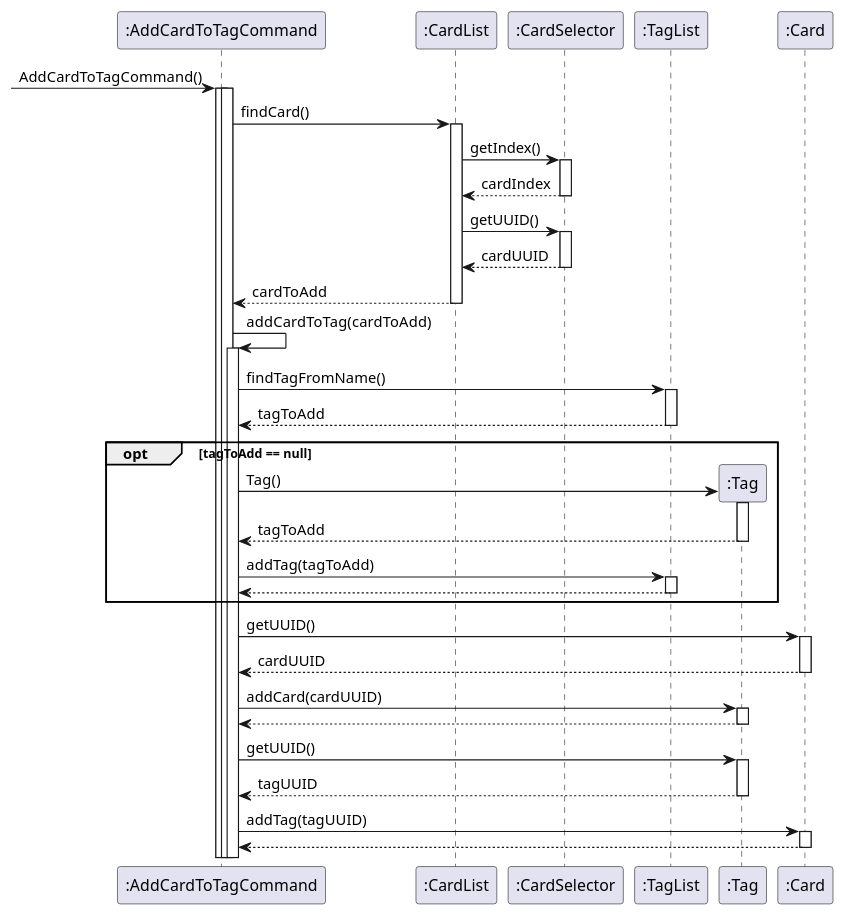
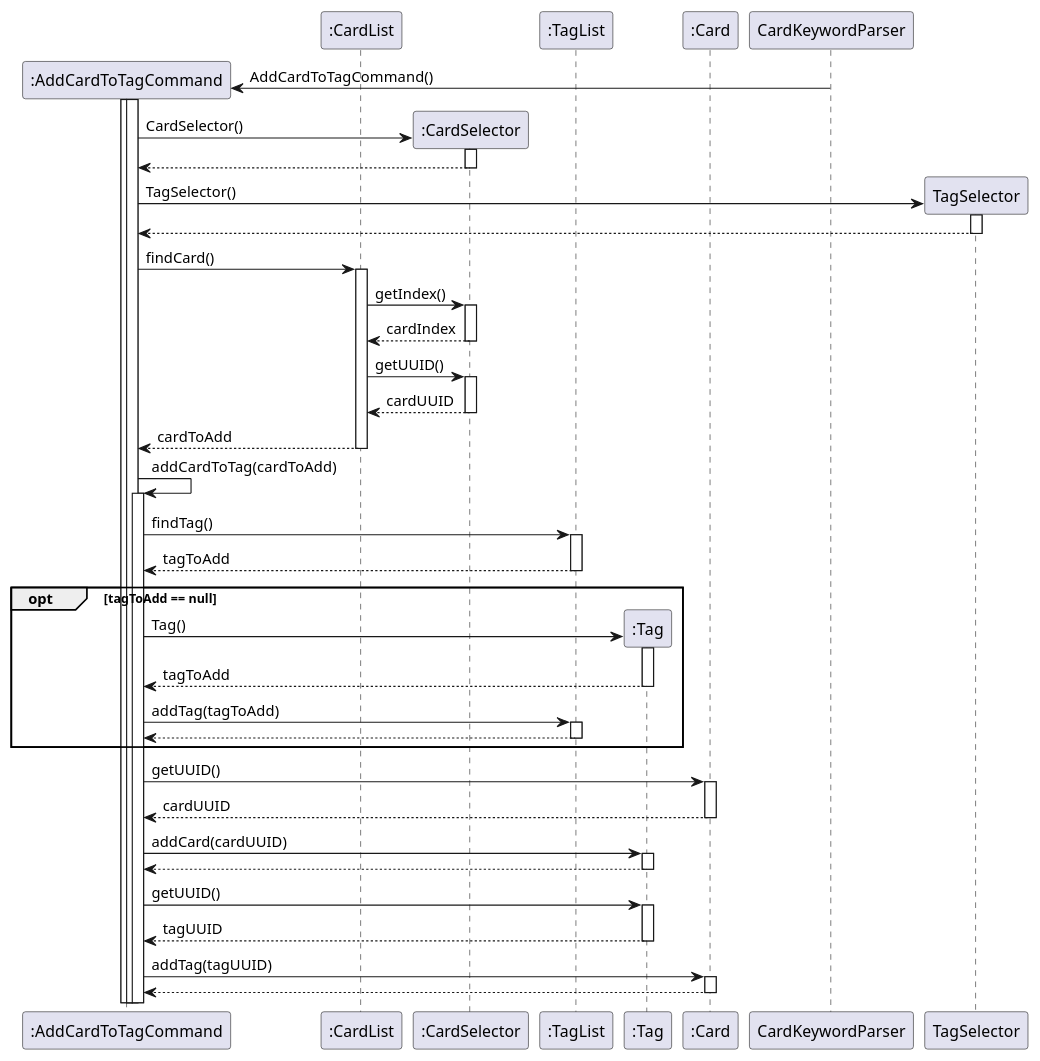
Before and after one commit to nus-cs2113-AY2223S2/tp: the diagram in docs/uml/TagListSequence.puml, drawn with PlantUML. The commit also changed 3 other files, not shown here.

```diff
--- a/docs/uml/TagListSequence.puml
+++ b/docs/uml/TagListSequence.puml
@@ -1,51 +1,59 @@
 @startuml TagListSequence
 autoactivate on
 
 participant ":AddCardToTagCommand" as AddCardToTagCommand
 participant ":CardList" as CardList
 participant ":CardSelector" as CardSelector
 participant ":TagList" as TagList
 participant ":Tag" as Tag
 participant ":Card" as Card
 
-'create AddCardToTagCommand
-[-> AddCardToTagCommand : AddCardToTagCommand()
+Create AddCardToTagCommand
+CardKeywordParser -> AddCardToTagCommand : AddCardToTagCommand()
 activate AddCardToTagCommand
+
+Create CardSelector
+AddCardToTagCommand -> CardSelector : CardSelector()
+return
+
+Create TagSelector
+AddCardToTagCommand -> TagSelector : TagSelector()
+return
 
 AddCardToTagCommand -> CardList : findCard()
 
 CardList -> CardSelector : getIndex()
 return cardIndex
 
 CardList -> CardSelector : getUUID()
 return cardUUID
 
 return cardToAdd
 
 AddCardToTagCommand -> AddCardToTagCommand : addCardToTag(cardToAdd)
 
-AddCardToTagCommand -> TagList : findTagFromName()
+AddCardToTagCommand -> TagList : findTag()
 return tagToAdd
 
 opt tagToAdd == null
   create Tag
   AddCardToTagCommand -> Tag : Tag()
   return tagToAdd
   AddCardToTagCommand -> TagList : addTag(tagToAdd)
   return
 end
 
 
 AddCardToTagCommand -> Card : getUUID()
 return cardUUID
 
 AddCardToTagCommand -> Tag : addCard(cardUUID)
 return
 AddCardToTagCommand -> Tag : getUUID()
 return tagUUID
 
 AddCardToTagCommand -> Card : addTag(tagUUID)
 return
 
 
 @enduml
```
